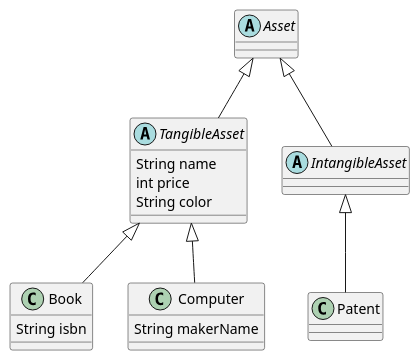
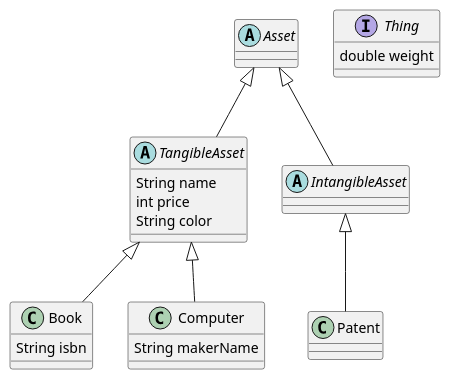
One commit to SurvivalCodingCampus/gangnam3-java-oop changed the diagram in docs/asset.puml. Above: the diagram before and after it, drawn with PlantUML.

Commit message:
docs: feat: 형태가 있는 것을 나타내는 Thing 인터페이스 추가

```diff
--- a/docs/asset.puml
+++ b/docs/asset.puml
@@ -1,25 +1,29 @@
 @startuml
 
 abstract class Asset {}
 
 abstract class TangibleAsset extends Asset {
 String name
 int price
 String color
 }
 
 class Book extends TangibleAsset {
 String isbn
 }
 
 class Computer extends TangibleAsset {
 String makerName
 }
 
 abstract class IntangibleAsset extends Asset {
 }
 
 class Patent extends IntangibleAsset {
 }
 
+interface Thing {
+double weight
+}
+
 @enduml
```
